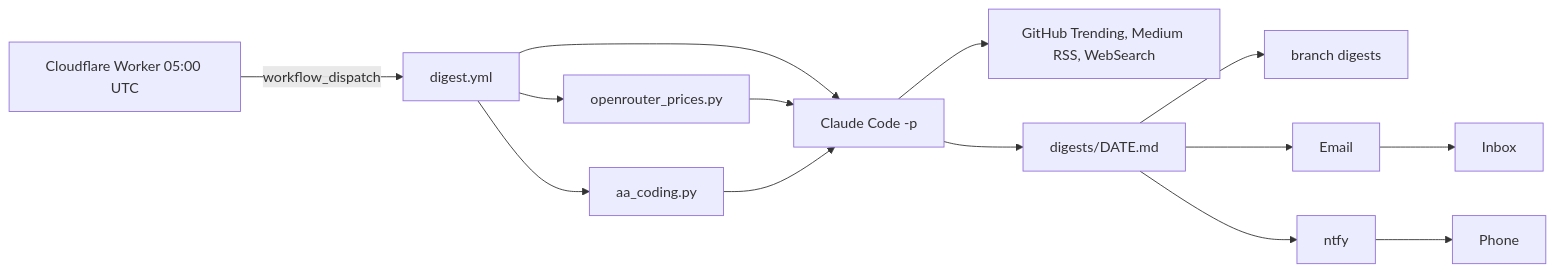
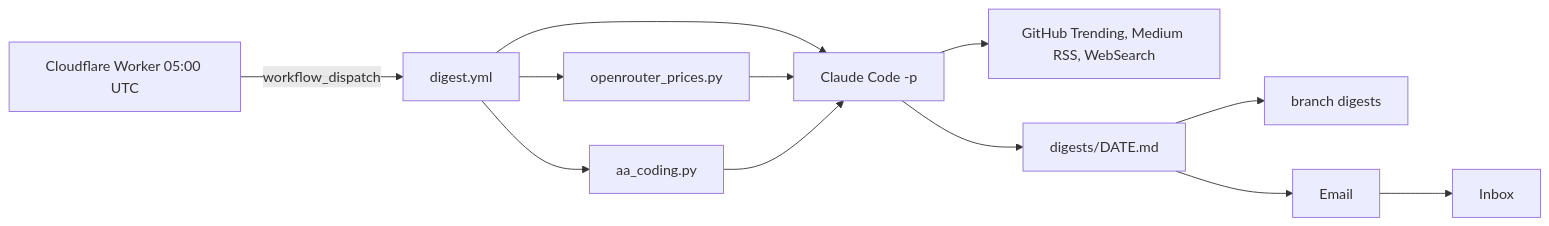
Before and after one commit to teodorio95-portofolio/ai-trends-digest: the diagram in README.md, drawn with Mermaid. The commit also changed other lines of this file and 3 other files, not shown here.

First line of the commit message:
Drop the ntfy phone push; email is the only delivery channel (#10)

````diff
--- a/README.md
+++ b/README.md
@@ -14,14 +14,13 @@
 ```mermaid
 flowchart LR
   worker[Cloudflare Worker 05:00 UTC] -->|workflow_dispatch| wf[digest.yml]
   wf --> or[openrouter_prices.py]
   wf --> cc[Claude Code -p]
   cc --> src[GitHub Trending, Medium RSS, WebSearch]
   wf --> aa[aa_coding.py]
   or --> cc
   aa --> cc
   cc --> md[digests/DATE.md]
   md --> branch[branch digests]
   md --> mail[Email] --> inbox[Inbox]
-  md --> ntfy[ntfy] --> phone[Phone]
 ```
````
